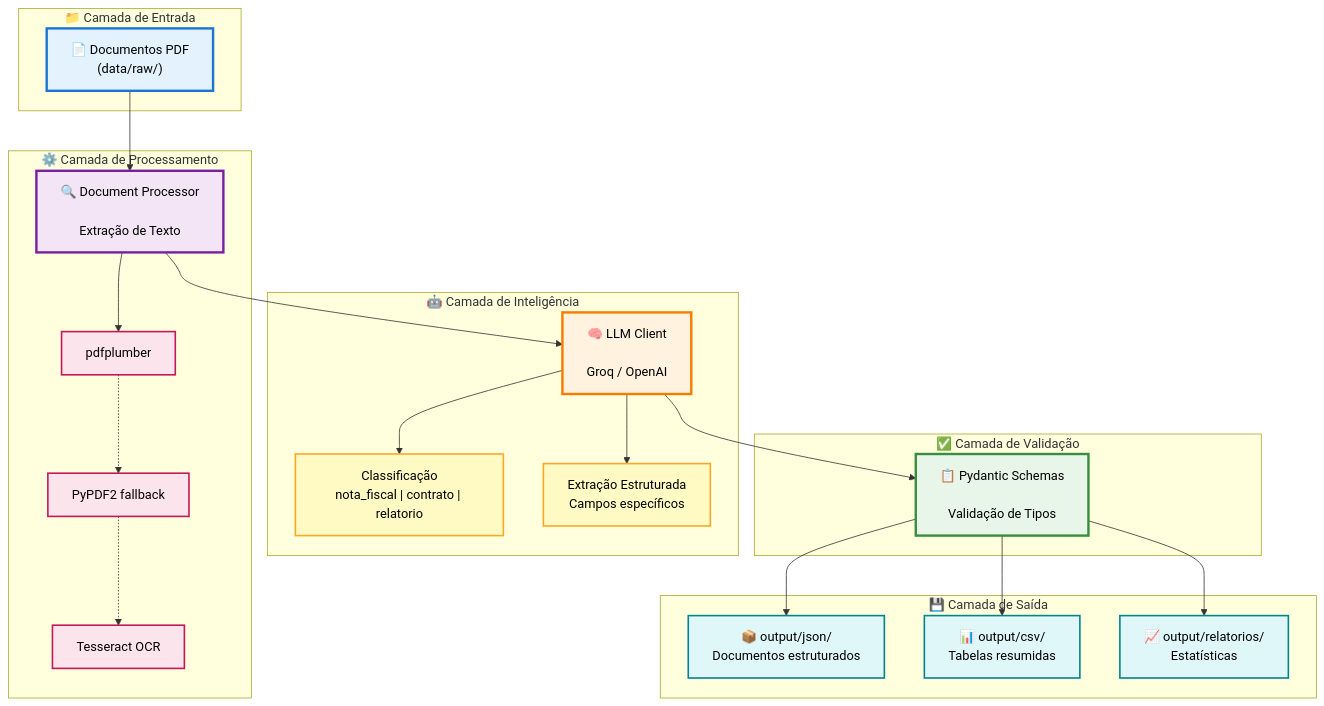
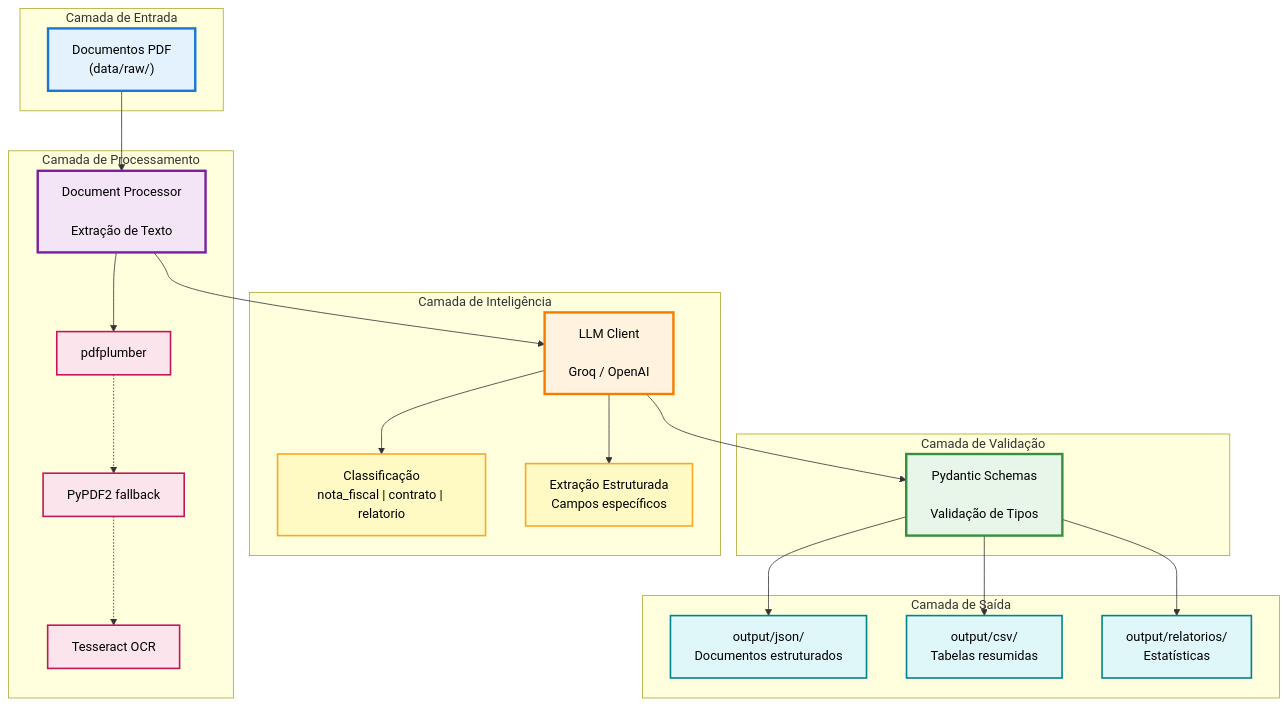
One commit to Nik0o0lps/document-processing-pipeline changed the diagram in README.md. Above: the diagram before and after it, drawn with Mermaid. The commit also changed 1 other file, not shown here.

Commit message:
refactor: Remove emojis from diagrams for professional look

````diff
--- a/README.md
+++ b/README.md
@@ -48,49 +48,49 @@
 ```mermaid
 graph TB
-    subgraph Input["📁 Camada de Entrada"]
-        PDF["📄 Documentos PDF<br/>(data/raw/)"]:::inputNode
+    subgraph Input["Camada de Entrada"]
+        PDF["Documentos PDF<br/>(data/raw/)"]:::inputNode
     end
 
-    subgraph Processing["⚙️ Camada de Processamento"]
-        DP["🔍 Document Processor<br/><br/>Extração de Texto"]:::processingNode
+    subgraph Processing["Camada de Processamento"]
+        DP["Document Processor<br/><br/>Extração de Texto"]:::processingNode
         PDF1["pdfplumber"]:::toolNode
         PDF2["PyPDF2 fallback"]:::toolNode
         OCR["Tesseract OCR"]:::toolNode
         DP --> PDF1
         PDF1 -.-> PDF2
         PDF2 -.-> OCR
     end
 
-    subgraph Intelligence["🤖 Camada de Inteligência"]
-        LLM["🧠 LLM Client<br/><br/>Groq / OpenAI"]:::llmNode
+    subgraph Intelligence["Camada de Inteligência"]
+        LLM["LLM Client<br/><br/>Groq / OpenAI"]:::llmNode
         CLS["Classificação<br/>nota_fiscal | contrato | relatorio"]:::aiNode
         EXT["Extração Estruturada<br/>Campos específicos"]:::aiNode
         LLM --> CLS
         LLM --> EXT
     end
 
-    subgraph Validation["✅ Camada de Validação"]
-        PYD["📋 Pydantic Schemas<br/><br/>Validação de Tipos"]:::validationNode
+    subgraph Validation["Camada de Validação"]
+        PYD["Pydantic Schemas<br/><br/>Validação de Tipos"]:::validationNode
     end
 
-    subgraph Output["💾 Camada de Saída"]
-        JSON["📦 output/json/<br/>Documentos estruturados"]:::outputNode
-        CSV["📊 output/csv/<br/>Tabelas resumidas"]:::outputNode
-        RPT["📈 output/relatorios/<br/>Estatísticas"]:::outputNode
+    subgraph Output["Camada de Saída"]
+        JSON["output/json/<br/>Documentos estruturados"]:::outputNode
+        CSV["output/csv/<br/>Tabelas resumidas"]:::outputNode
+        RPT["output/relatorios/<br/>Estatísticas"]:::outputNode
     end
 
     PDF --> DP
     DP --> LLM
     LLM --> PYD
     PYD --> JSON
     PYD --> CSV
     PYD --> RPT
 
     classDef inputNode fill:#e3f2fd,stroke:#1976d2,stroke-width:3px,color:#000
     classDef processingNode fill:#f3e5f5,stroke:#7b1fa2,stroke-width:3px,color:#000
     classDef toolNode fill:#fce4ec,stroke:#c2185b,stroke-width:2px,color:#000
     classDef llmNode fill:#fff3e0,stroke:#f57c00,stroke-width:3px,color:#000
     classDef aiNode fill:#fff9c4,stroke:#f9a825,stroke-width:2px,color:#000
     classDef validationNode fill:#e8f5e9,stroke:#388e3c,stroke-width:3px,color:#000
     classDef outputNode fill:#e0f7fa,stroke:#00838f,stroke-width:2px,color:#000
 ```
````
